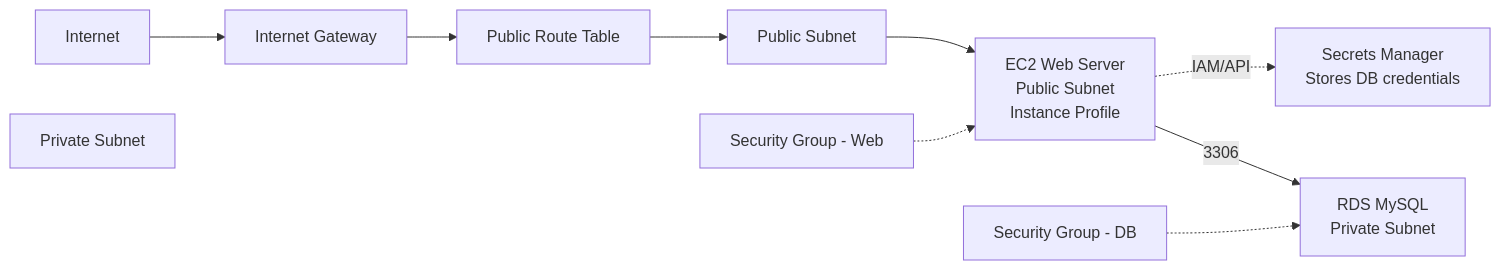
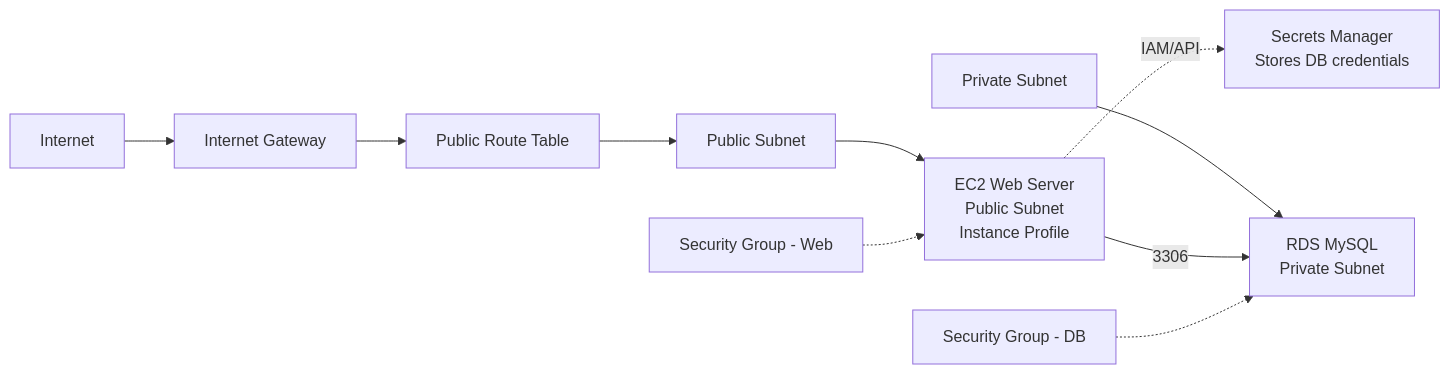
One commit to bvskarthik18/IaC_using_Terraform changed the diagram in 01-aws-tf-web-db-stack/README.md. Above: the diagram before and after it, drawn with Mermaid.

Commit message:
updated architecture diagram

````diff
--- a/01-aws-tf-web-db-stack/README.md
+++ b/01-aws-tf-web-db-stack/README.md
@@ -23,24 +23,25 @@
 ```mermaid
 graph LR
   Internet[Internet]
   IGW[Internet Gateway]
   RT[Public Route Table]
   Pub[Public Subnet]
   Priv[Private Subnet]
   EC2["EC2 Web Server<br/>Public Subnet<br/>Instance Profile"]
   RDS["RDS MySQL<br/>Private Subnet"]
   Secrets["Secrets Manager<br/>Stores DB credentials"]
   SG_WEB["Security Group - Web"]
   SG_DB["Security Group - DB"]
 
   Internet --> IGW
   IGW --> RT
   RT --> Pub
   Pub --> EC2
+  Priv --> RDS
 
   EC2 -.->|IAM/API| Secrets
   EC2 -->|3306| RDS
 
   SG_WEB -.-> EC2
   SG_DB -.-> RDS
 ```
````
